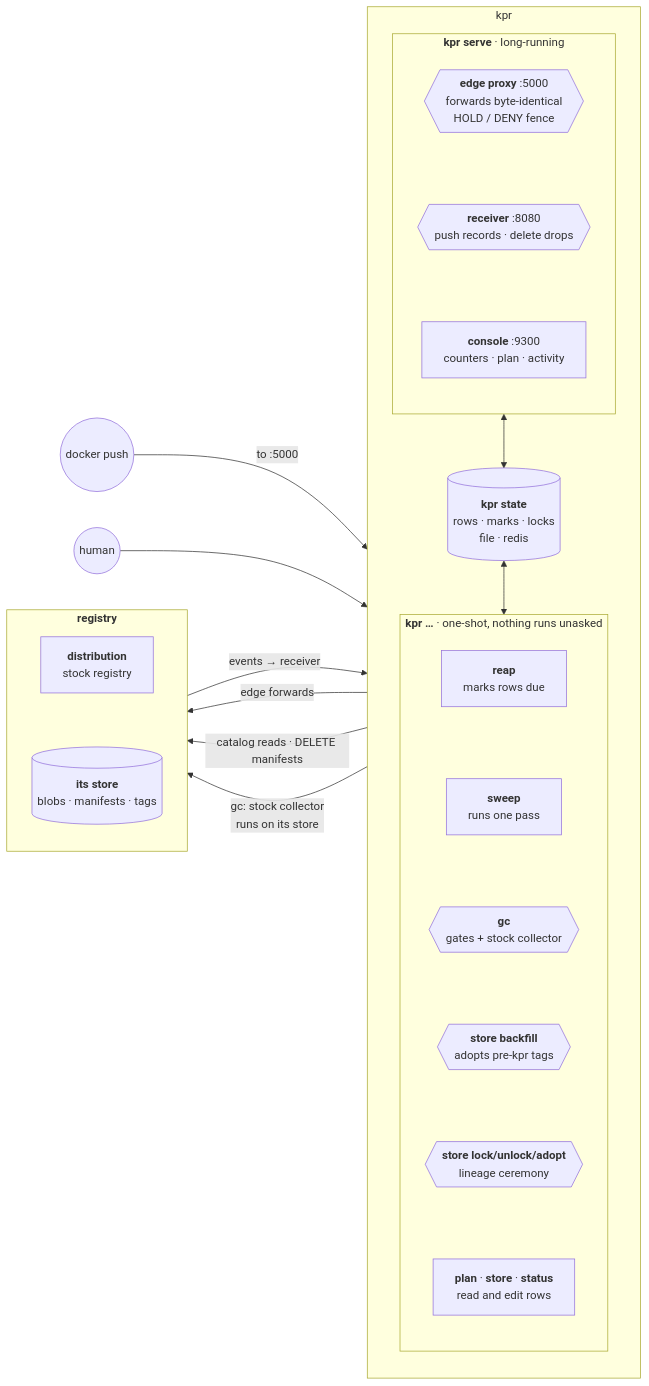
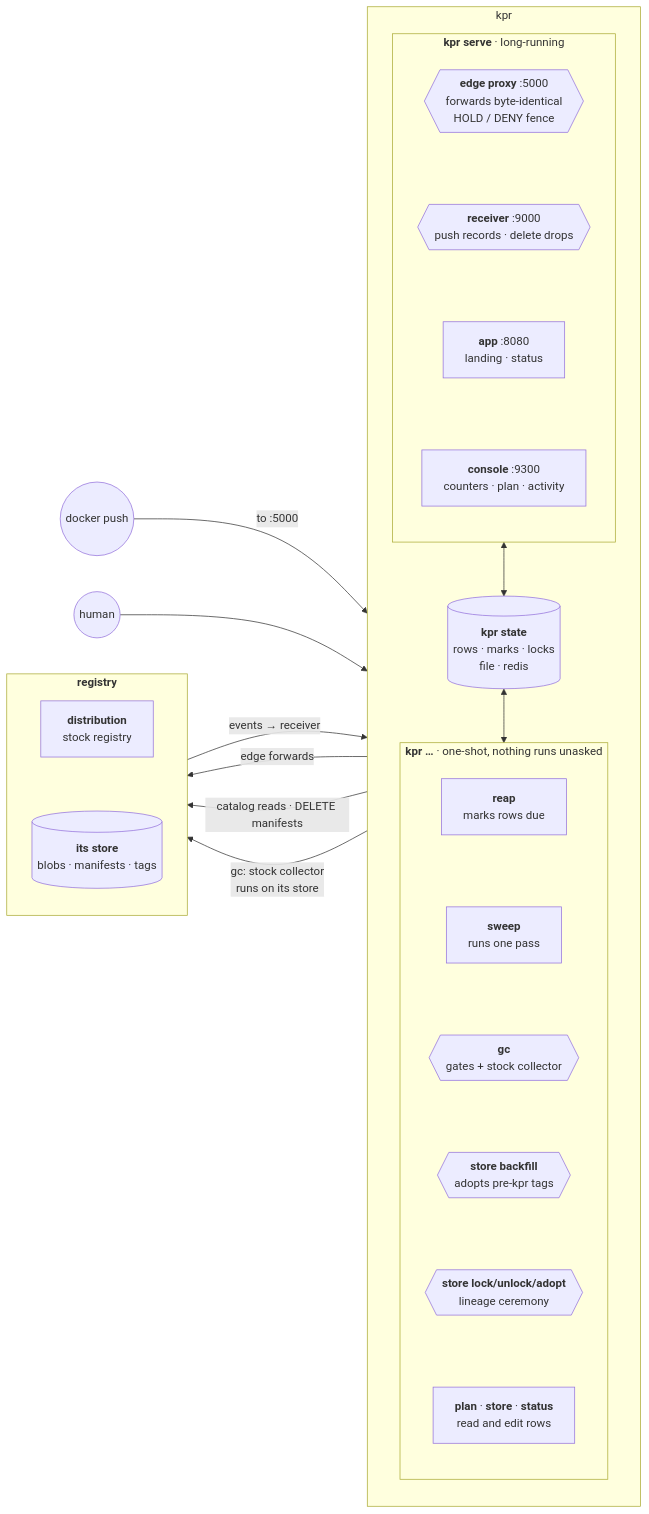
The first of 2 diagrams in docs/ARCHITECTURE.md (noroutine/kpr), drawn with Mermaid before and after one commit. The commit also changed 23 other files, not shown here.

````diff
--- a/docs/ARCHITECTURE.md
+++ b/docs/ARCHITECTURE.md
@@ -29,42 +29,43 @@
 ```mermaid
 flowchart LR
   dev((docker push)) -- "to :5000" --> kpr
   human((human)) --> kpr
 
   subgraph kpr["kpr"]
     direction TB
 
     subgraph serve["<b>kpr serve</b> · long-running"]
       direction TB
       edge{{"<b>edge proxy</b> :5000<br/>forwards byte-identical<br/>HOLD / DENY fence"}} ~~~
-      recv{{"<b>receiver</b> :8080<br/>push records · delete drops"}} ~~~
+      recv{{"<b>receiver</b> :9000<br/>push records · delete drops"}} ~~~
+      app["<b>app</b> :8080<br/>landing · status"] ~~~
       console["<b>console</b> :9300<br/>counters · plan · activity"]
     end
 
     state[("<b>kpr state</b><br/>rows · marks · locks<br/>file · redis")]
 
     subgraph cli["<b>kpr …</b> · one-shot, nothing runs unasked"]
       direction TB
       reap["<b>reap</b><br/>marks rows due"] ~~~
       sweepcmd["<b>sweep</b><br/>runs one pass"] ~~~
       gcc{{"<b>gc</b><br/>gates + stock collector"}} ~~~
       backfill{{"<b>store backfill</b><br/>adopts pre-kpr tags"}} ~~~
       ceremony{{"<b>store lock/unlock/adopt</b><br/>lineage ceremony"}} ~~~
       rest["<b>plan</b> · <b>store</b> · <b>status</b><br/>read and edit rows"]
     end
 
     serve <--> state
     state <--> cli
   end
 
   subgraph reg["<b>registry</b>"]
     direction TB
     dist["<b>distribution</b><br/>stock registry"] ~~~
     blobs[("<b>its store</b><br/>blobs · manifests · tags")]
   end
 
   kpr -- "edge forwards" --> reg
   reg -- "events → receiver" --> kpr
   kpr -- "catalog reads · DELETE manifests" --> reg
   kpr -- "gc: stock collector<br/>runs on its store" --> reg
 ```
````
